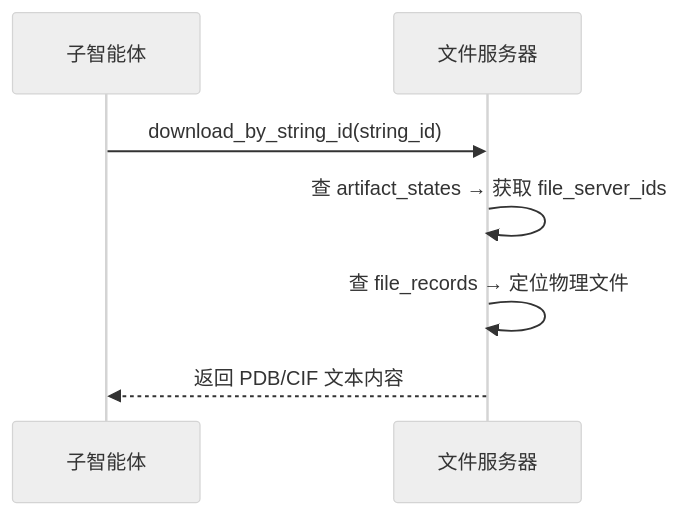
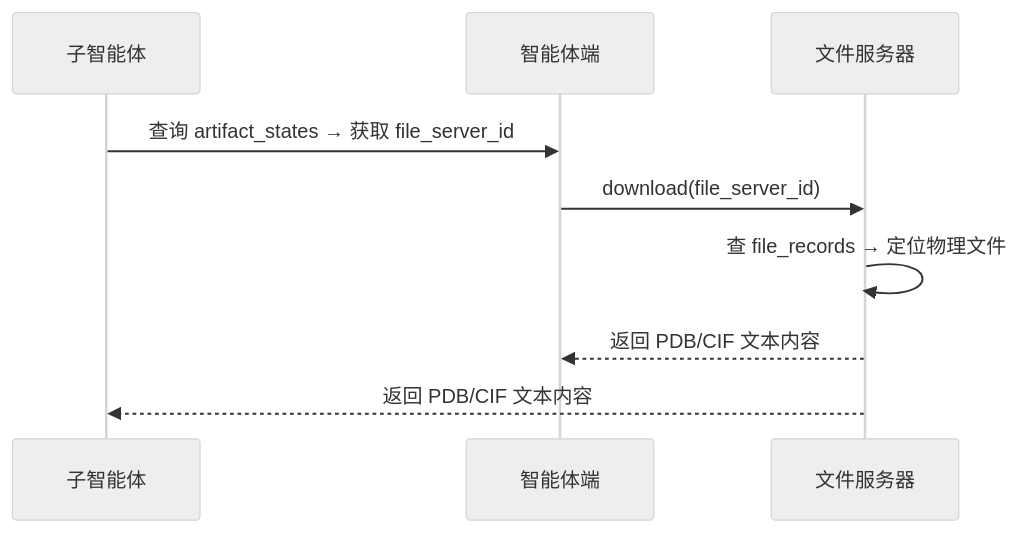
Before and after one commit to zhou-tian-yi/laspai-agent-design: the third of 3 diagrams in LASPAI 智能体文件管理端设计方案.md, drawn with Mermaid (neutral theme). The commit also changed other lines of this file and 2 other files, not shown here.

````diff
--- a/LASPAI 智能体文件管理端设计方案.md
+++ b/LASPAI 智能体文件管理端设计方案.md
@@ -310,10 +290,12 @@
 ```mermaid
 sequenceDiagram
     participant SA as 子智能体
+    participant AG as 智能体端
     participant FS as 文件服务器
 
-    SA->>FS: download_by_string_id(string_id)
-    FS->>FS: 查 artifact_states → 获取 file_server_ids
+    SA->>AG: 查询 artifact_states → 获取 file_server_id
+    AG->>FS: download(file_server_id)
     FS->>FS: 查 file_records → 定位物理文件
+    FS-->>AG: 返回 PDB/CIF 文本内容
     FS-->>SA: 返回 PDB/CIF 文本内容
 ```
````
